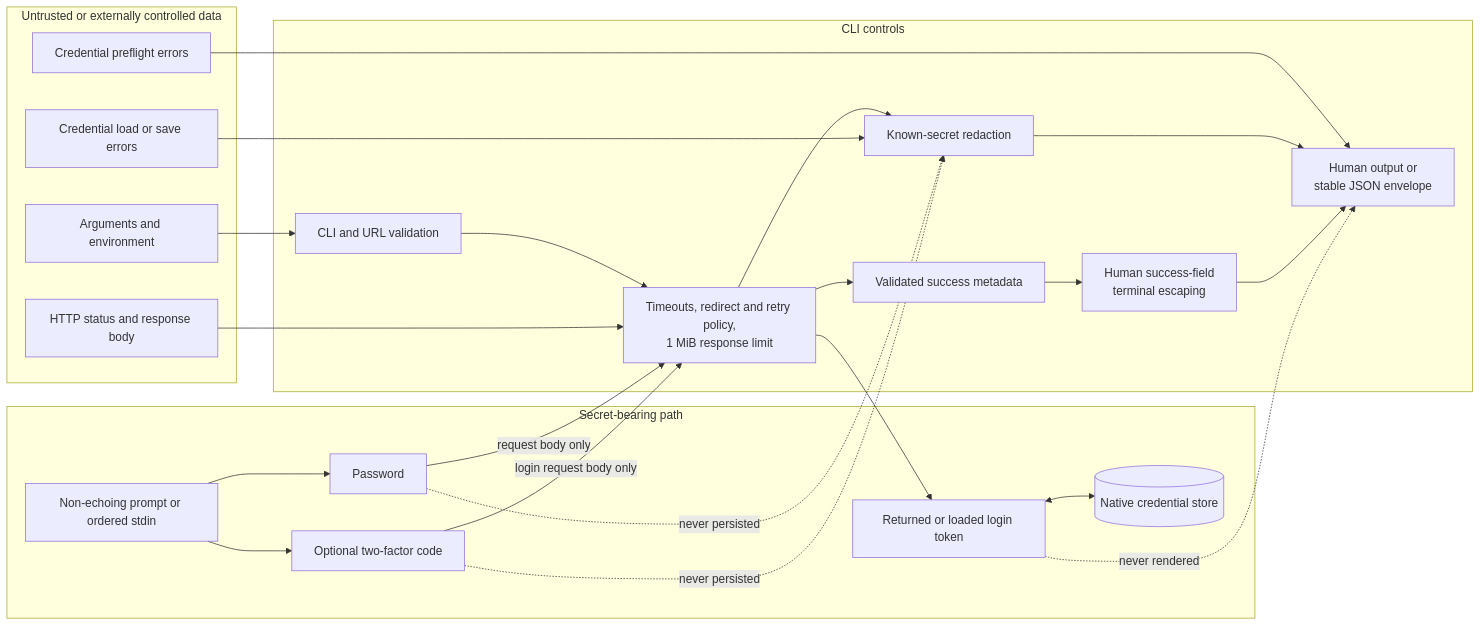
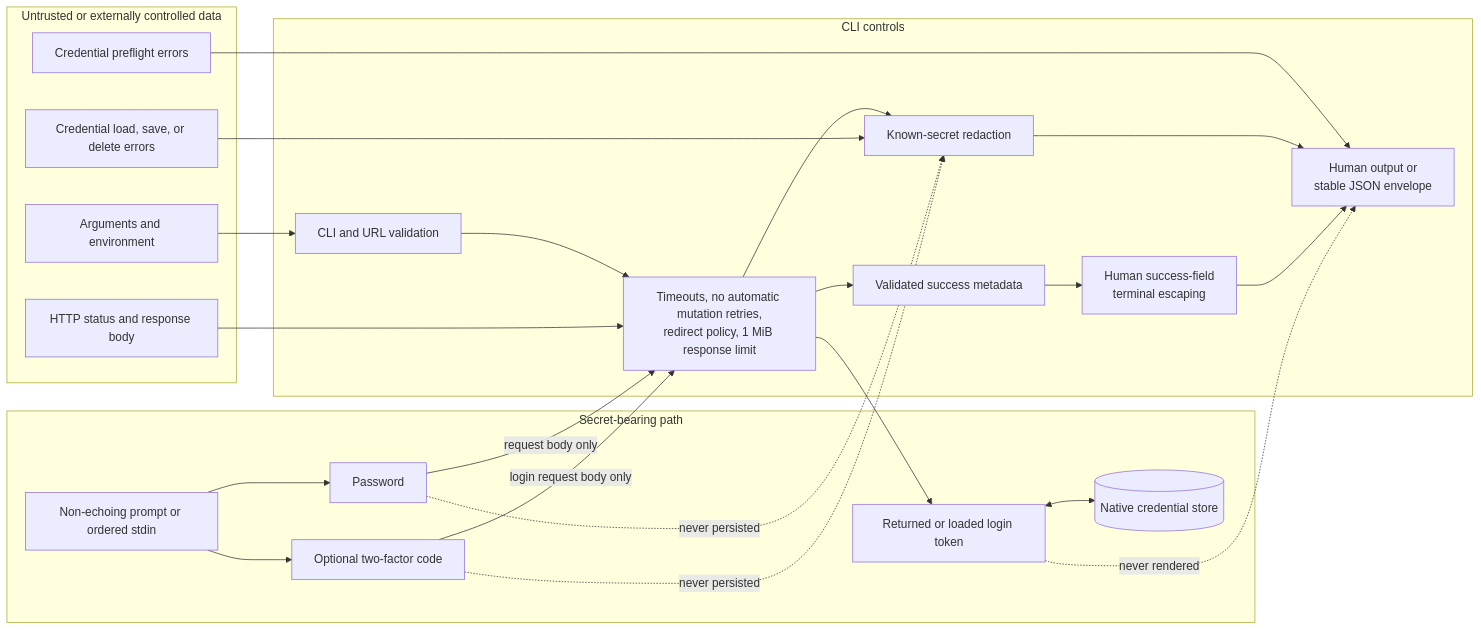
The tenth of 11 diagrams in docs/auth-architecture.md (AhmedLukman/wekan-cli), drawn with Mermaid before and after one commit. The commit also changed other lines of this file and 25 other files, not shown here.

````diff
--- a/docs/auth-architecture.md
+++ b/docs/auth-architecture.md
@@ -287,46 +363,46 @@
 ```mermaid
 flowchart LR
     subgraph untrusted[Untrusted or externally controlled data]
         args[Arguments and environment]
         response[HTTP status and response body]
         preflight[Credential preflight errors]
-        storeerr[Credential load or save errors]
+        storeerr[Credential load, save, or delete errors]
     end
 
     subgraph controls[CLI controls]
         validation[CLI and URL validation]
-        limits[Timeouts, redirect and retry policy,<br/>1 MiB response limit]
+        limits[Timeouts, no automatic mutation retries,<br/>redirect policy, 1 MiB response limit]
         redaction[Known-secret redaction]
         successmeta[Validated success metadata]
         escaping[Human success-field<br/>terminal escaping]
         rendered[Human output or<br/>stable JSON envelope]
     end
 
     subgraph secrets[Secret-bearing path]
         secretinput[Non-echoing prompt or ordered stdin]
         pass[Password]
         code[Optional two-factor code]
         token[Returned or loaded login token]
         vault[(Native credential store)]
     end
 
     args --> validation --> limits
     secretinput --> pass
     secretinput --> code
     pass -->|request body only| limits
     code -->|login request body only| limits
     response --> limits
     limits --> token
     token <--> vault
     limits --> redaction
     limits --> successmeta
     successmeta --> escaping
     preflight --> rendered
     storeerr --> redaction
     redaction --> rendered
     escaping --> rendered
 
     pass -. never persisted .-> redaction
     code -. never persisted .-> redaction
     token -. never rendered .-> rendered
 ```
````
